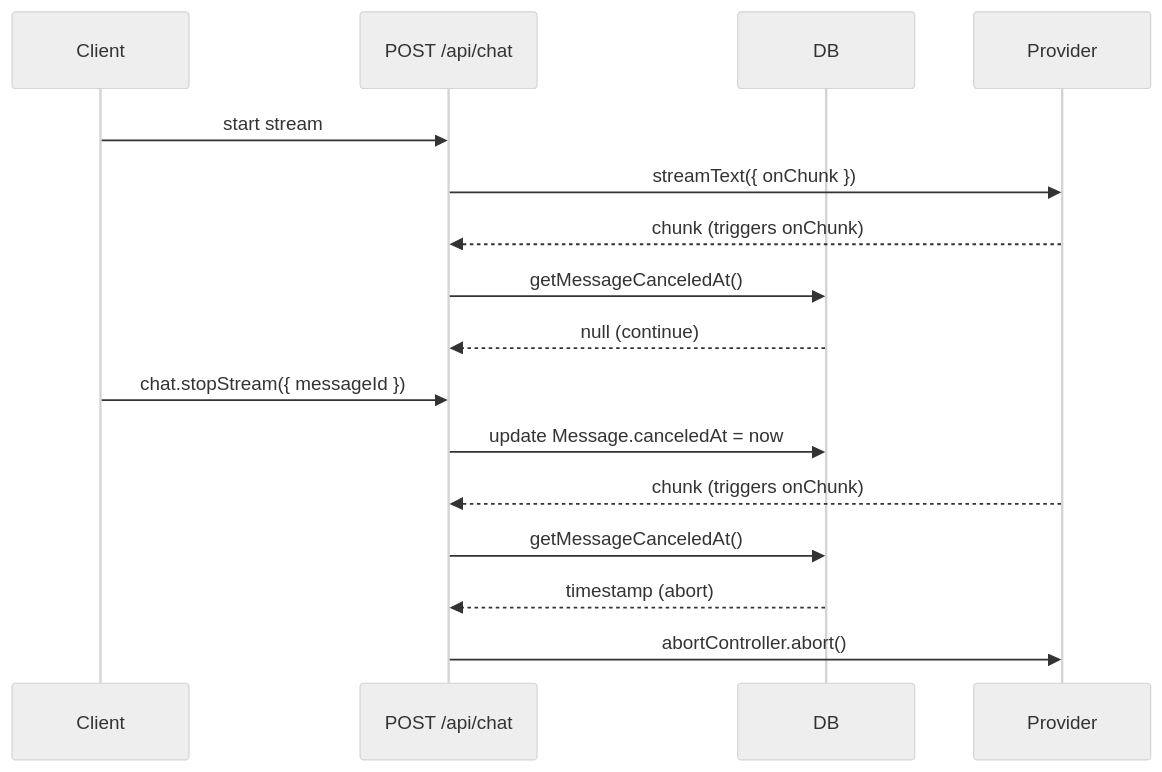
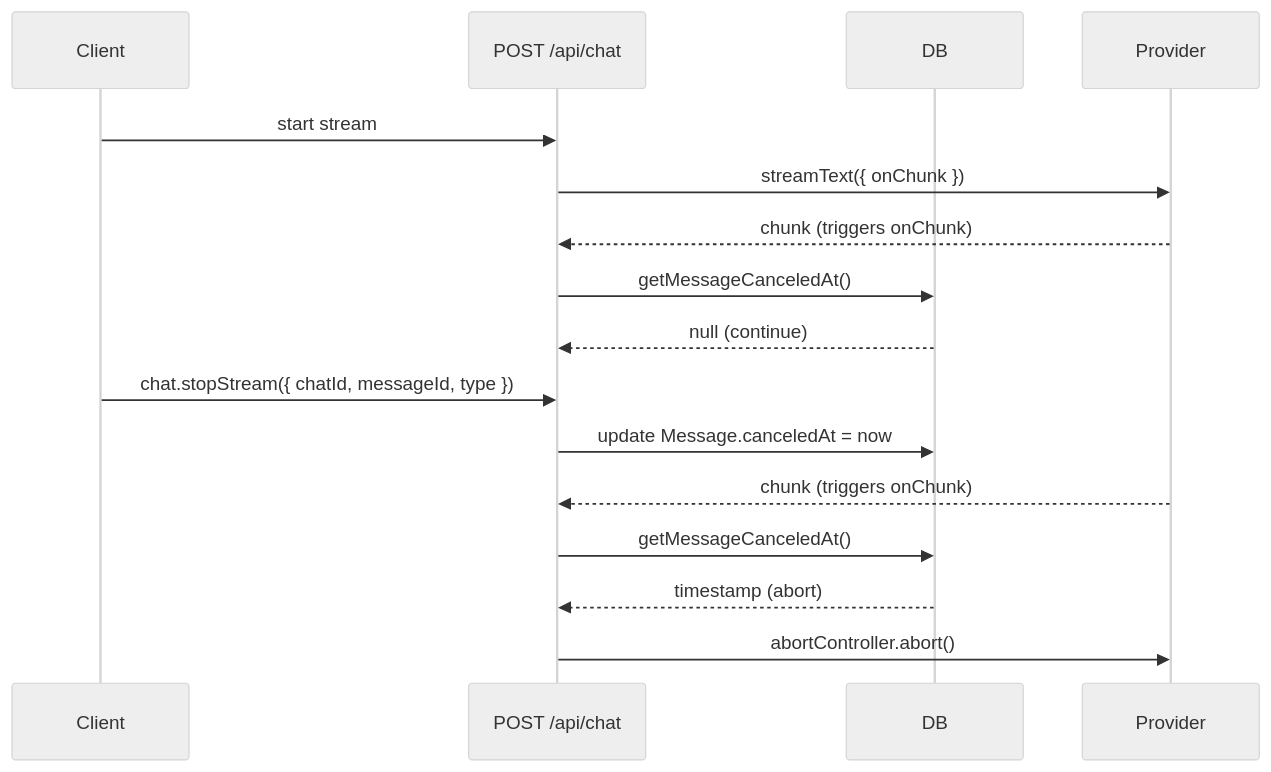
The diagram in apps/docs/cookbook/stop-resumable-streams.mdx (FranciscoMoretti/chat-js), drawn with Mermaid (neutral theme) before and after one commit. The commit also changed other lines of this file and 4 other files, not shown here.

````diff
--- a/apps/docs/cookbook/stop-resumable-streams.mdx
+++ b/apps/docs/cookbook/stop-resumable-streams.mdx
@@ -107,19 +130,19 @@
 ```mermaid
 sequenceDiagram
     participant Client
     participant API as POST /api/chat
     participant DB
     participant Provider
 
     Client->>API: start stream
     API->>Provider: streamText({ onChunk })
     Provider-->>API: chunk (triggers onChunk)
     API->>DB: getMessageCanceledAt()
     DB-->>API: null (continue)
-    Client->>API: chat.stopStream({ messageId })
+    Client->>API: chat.stopStream({ chatId, messageId, type })
     API->>DB: update Message.canceledAt = now
     Provider-->>API: chunk (triggers onChunk)
     API->>DB: getMessageCanceledAt()
     DB-->>API: timestamp (abort)
     API->>Provider: abortController.abort()
 ```
````
